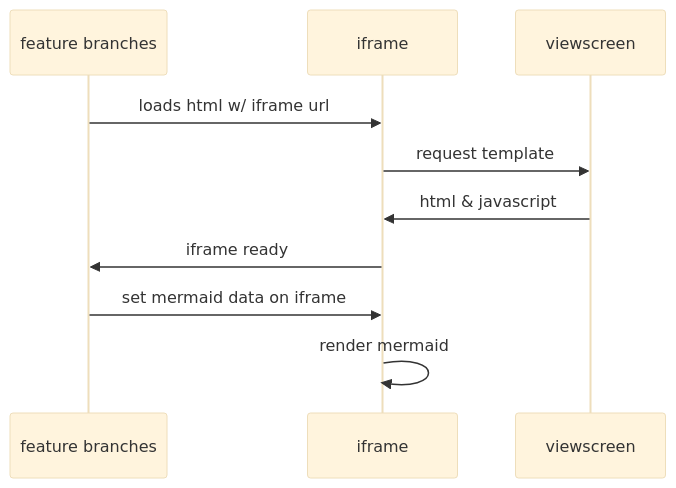
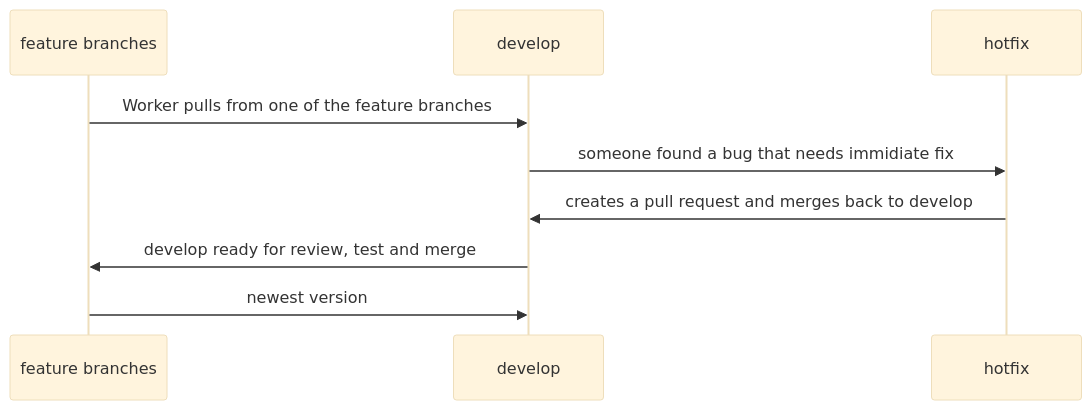
The diagram in README.md (BulletStormXT/simon-says), drawn with Mermaid (base theme) before and after one commit.

````diff
--- a/README.md
+++ b/README.md
@@ -15,12 +15,11 @@
 ```mermaid
 sequenceDiagram
     participant feature branches
-    participant iframe
-    participant viewscreen
-    feature branches->>iframe: loads html w/ iframe url
-    iframe->>viewscreen: request template
-    viewscreen->>iframe: html & javascript
-    iframe->>feature branches: iframe ready
-    feature branches->>iframe: set mermaid data on iframe
-    iframe->>iframe: render mermaid
+    participant develop
+    participant hotfix
+    feature branches->>develop: Worker pulls from one of the feature branches
+    develop->>hotfix: someone found a bug that needs immidiate fix
+    hotfix->>develop: creates a pull request and merges back to develop
+    develop->>feature branches: develop ready for review, test and merge
+    feature branches->>develop: newest version
 ```
````
